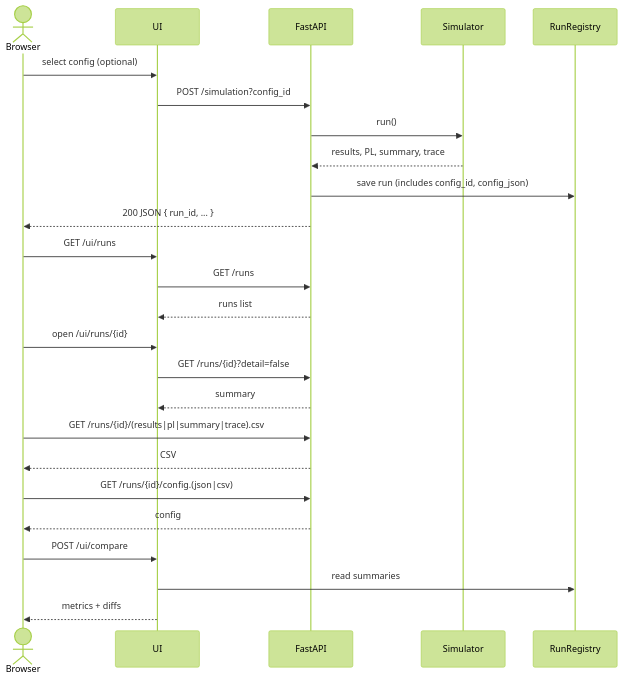
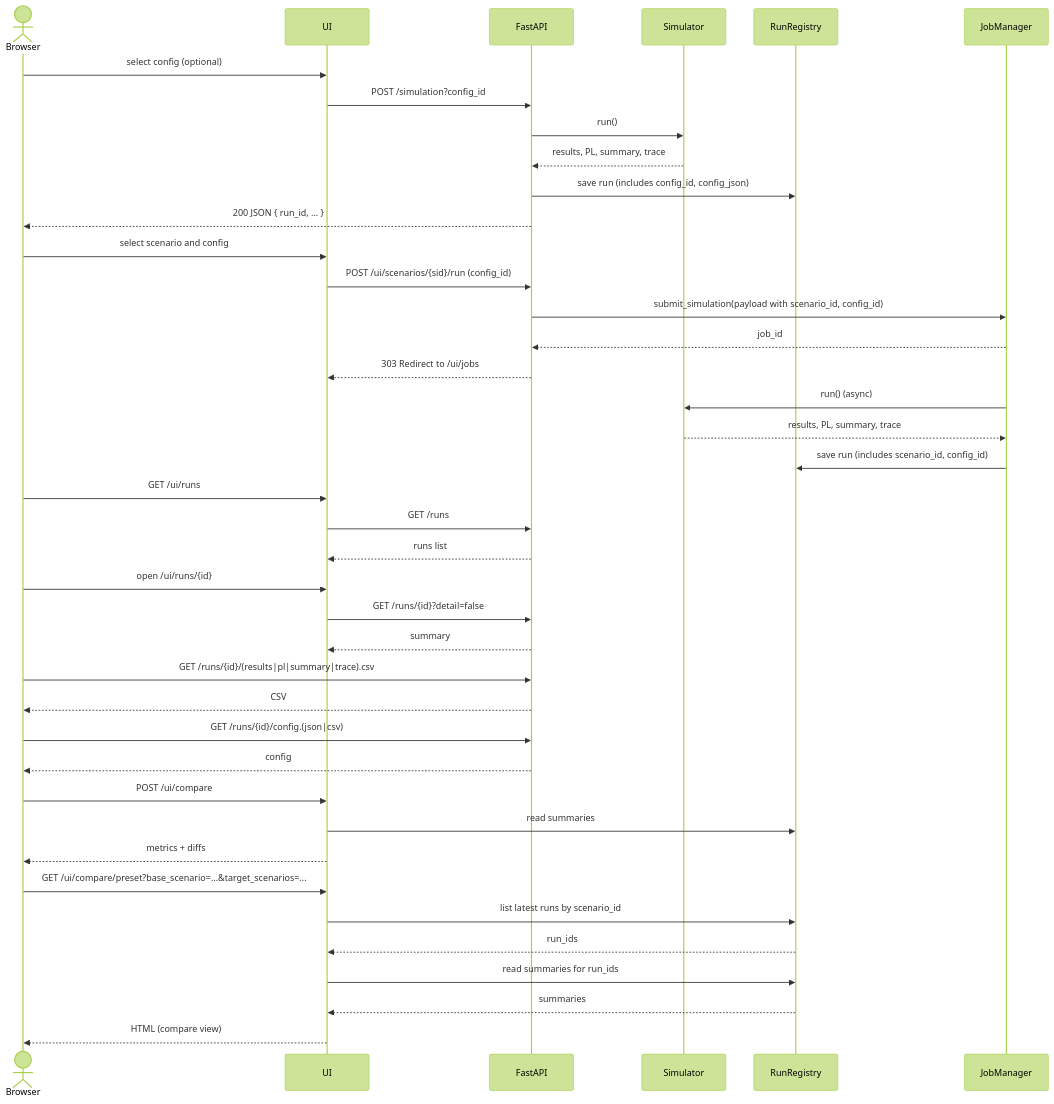
The third of 3 diagrams in README.md (miumigy/scpln), drawn with Mermaid (forest theme) before and after one commit. The commit also changed other lines of this file and 1 other file, not shown here.

Commit message:
docs: シナリオ関連の変更履歴とREADMEを更新
- CHANGELOG.md に v0.3.7 リリースノートを追記。
- GitHub Releases に v0.3.7 を登録。
- README.md にシナリオ関連のUI/API/シーケンス図を追記。

````diff
--- a/README.md
+++ b/README.md
@@ -404,37 +414,56 @@
 ```mermaid
 sequenceDiagram
   actor User as Browser
   participant UI as UI
   participant API as FastAPI
   participant Sim as Simulator
   participant REG as RunRegistry
+  participant JM as JobManager
 
   %% Run 実行
   User->>UI: select config (optional)
   UI->>API: POST /simulation?config_id
   API->>Sim: run()
   Sim-->>API: results, PL, summary, trace
   API->>REG: save run (includes config_id, config_json)
   API-->>User: 200 JSON { run_id, ... }
+
+  %% シナリオからの実行
+  User->>UI: select scenario and config
+  UI->>API: POST /ui/scenarios/{sid}/run (config_id)
+  API->>JM: submit_simulation(payload with scenario_id, config_id)
+  JM-->>API: job_id
+  API-->>UI: 303 Redirect to /ui/jobs
+  JM->>Sim: run() (async)
+  Sim-->>JM: results, PL, summary, trace
+  JM->>REG: save run (includes scenario_id, config_id)
 
   %% 履歴一覧
   User->>UI: GET /ui/runs
   UI->>API: GET /runs
   API-->>UI: runs list
 
   %% 詳細
   User->>UI: open /ui/runs/{id}
   UI->>API: GET /runs/{id}?detail=false
   API-->>UI: summary
 
   %% CSVs
   User->>API: GET /runs/{id}/(results|pl|summary|trace).csv
   API-->>User: CSV
   User->>API: GET /runs/{id}/config.(json|csv)
   API-->>User: config
 
   %% 比較
   User->>UI: POST /ui/compare
   UI->>REG: read summaries
   UI-->>User: metrics + diffs
+
+  %% シナリオ比較プリセット
+  User->>UI: GET /ui/compare/preset?base_scenario=...&target_scenarios=... 
+  UI->>REG: list latest runs by scenario_id
+  REG-->>UI: run_ids
+  UI->>REG: read summaries for run_ids
+  REG-->>UI: summaries
+  UI-->>User: HTML (compare view)
 ```
````
